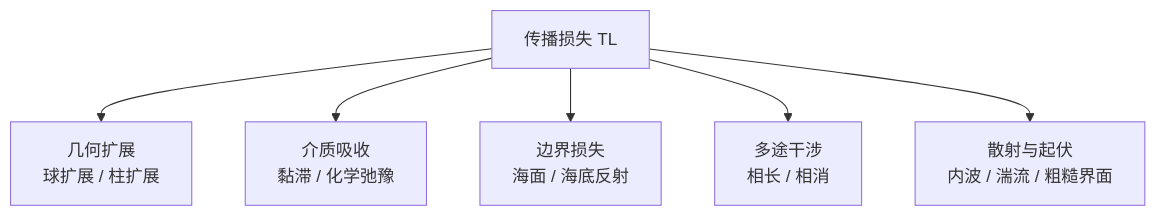
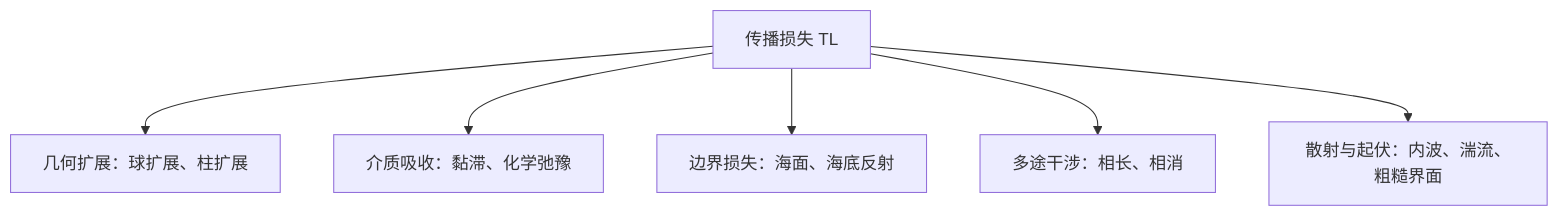
Before and after one commit to SatelliteCoder/Underwater-Acoustics-Learning: the second of 7 diagrams in docs/水声学原理概念参数原理汇总.md, drawn with Mermaid. The commit also changed other lines of this file, not shown here.

Commit message:
fix mermaid diagram rendering

````diff
--- a/docs/水声学原理概念参数原理汇总.md
+++ b/docs/水声学原理概念参数原理汇总.md
@@ -212,8 +212,8 @@
 ```mermaid
 flowchart TD
-    TL["传播损失 TL"] --> G["几何扩展<br/>球扩展 / 柱扩展"]
-    TL --> A["介质吸收<br/>黏滞 / 化学弛豫"]
-    TL --> B["边界损失<br/>海面 / 海底反射"]
-    TL --> M["多途干涉<br/>相长 / 相消"]
-    TL --> S["散射与起伏<br/>内波 / 湍流 / 粗糙界面"]
+    TL["传播损失 TL"] --> G["几何扩展：球扩展、柱扩展"]
+    TL --> A["介质吸收：黏滞、化学弛豫"]
+    TL --> B["边界损失：海面、海底反射"]
+    TL --> M["多途干涉：相长、相消"]
+    TL --> S["散射与起伏：内波、湍流、粗糙界面"]
 ```
````
